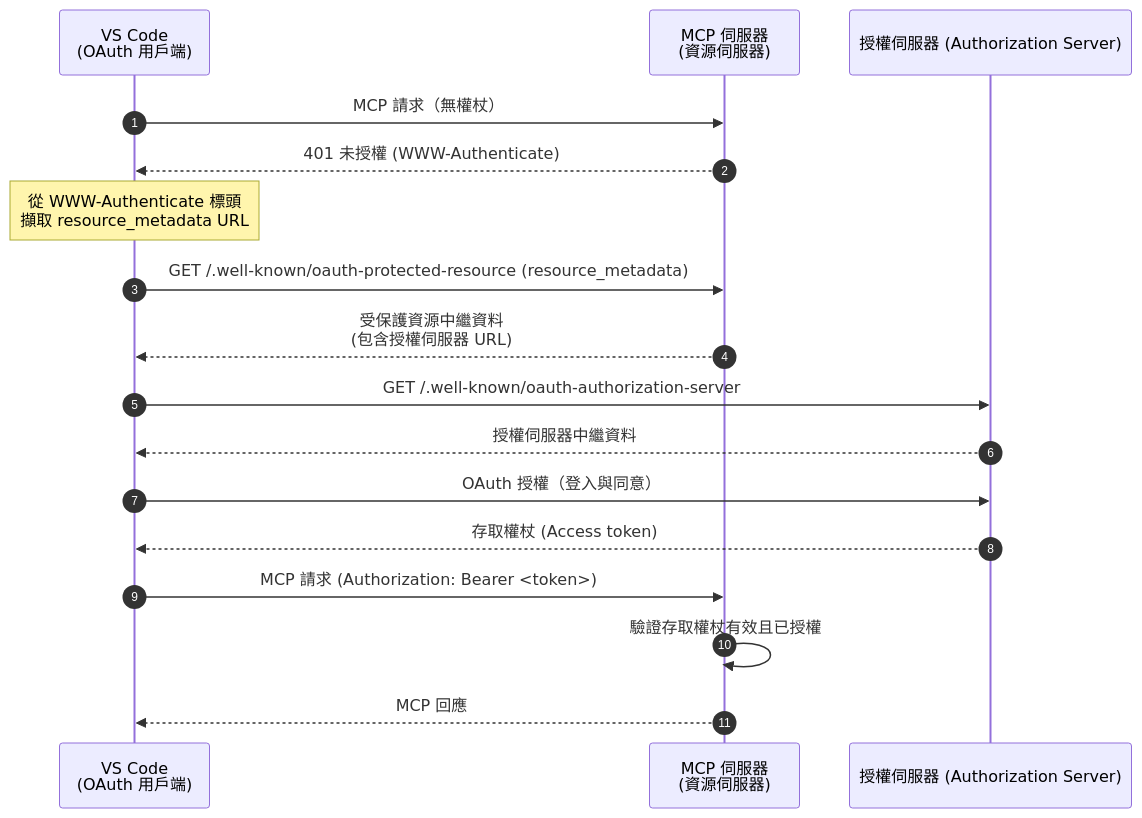
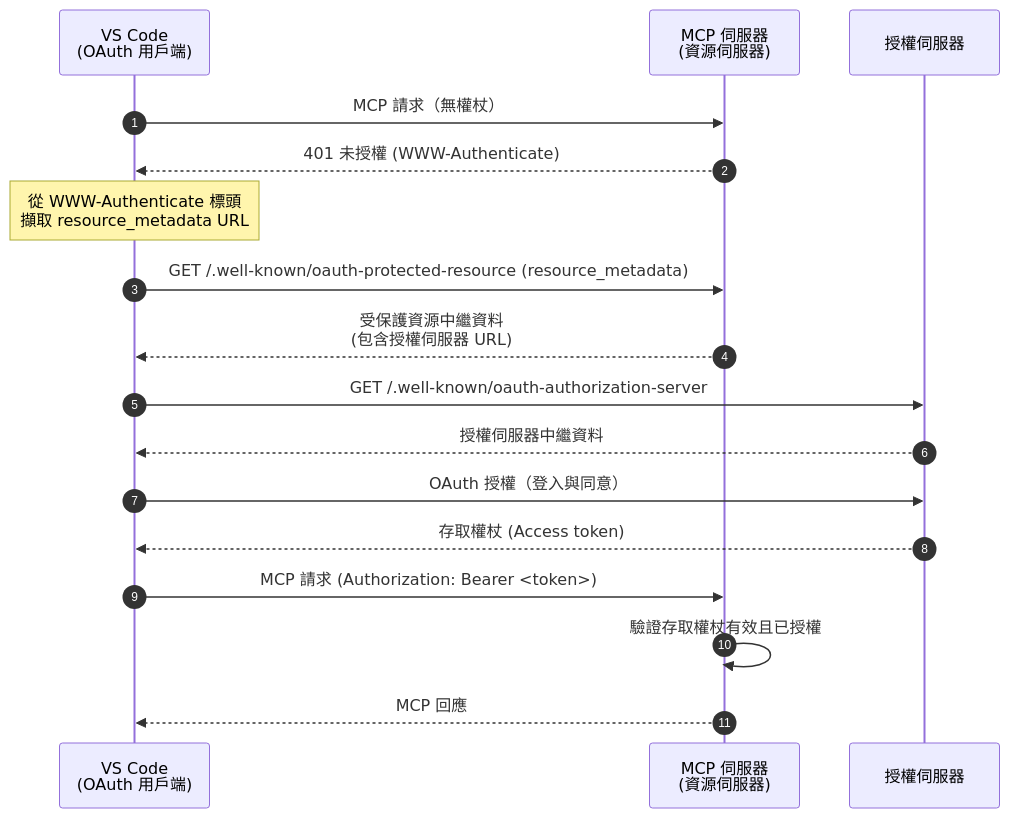
One commit to mcp-auth/docs changed the first of 2 diagrams in i18n/zh-TW/docusaurus-plugin-content-docs/current/tutorials/todo-manager/README.mdx. Above: the diagram before and after it, drawn with Mermaid. The commit also changed other lines of this file and 9 other files, not shown here.

````diff
--- a/i18n/zh-TW/docusaurus-plugin-content-docs/current/tutorials/todo-manager/README.mdx
+++ b/i18n/zh-TW/docusaurus-plugin-content-docs/current/tutorials/todo-manager/README.mdx
@@ -40,23 +40,23 @@
 ```mermaid
 sequenceDiagram
   autonumber
   participant Client as VS Code<br/>(OAuth 用戶端)
   participant RS as MCP 伺服器<br/>(資源伺服器)
-  participant AS as 授權伺服器 (Authorization Server)
+  participant AS as 授權伺服器
 
   Client->>RS: MCP 請求（無權杖）
   RS-->>Client: 401 未授權 (WWW-Authenticate)
   Note over Client: 從 WWW-Authenticate 標頭<br/>擷取 resource_metadata URL
 
   Client->>RS: GET /.well-known/oauth-protected-resource (resource_metadata)
   RS-->>Client: 受保護資源中繼資料<br/>(包含授權伺服器 URL)
 
   Client->>AS: GET /.well-known/oauth-authorization-server
   AS-->>Client: 授權伺服器中繼資料
   Client->>AS: OAuth 授權（登入與同意）
   AS-->>Client: 存取權杖 (Access token)
 
   Client->>RS: MCP 請求 (Authorization: Bearer <token>)
   RS->>RS: 驗證存取權杖有效且已授權
   RS-->>Client: MCP 回應
 ```
````
